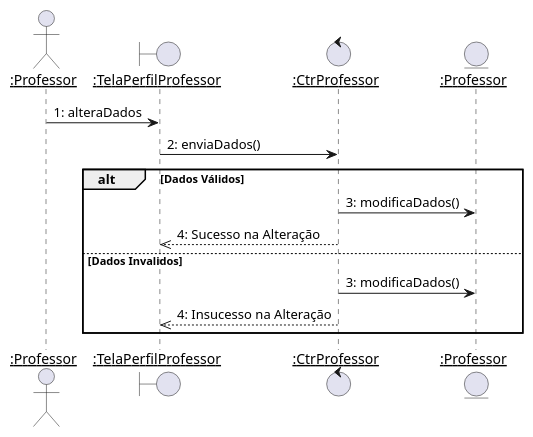
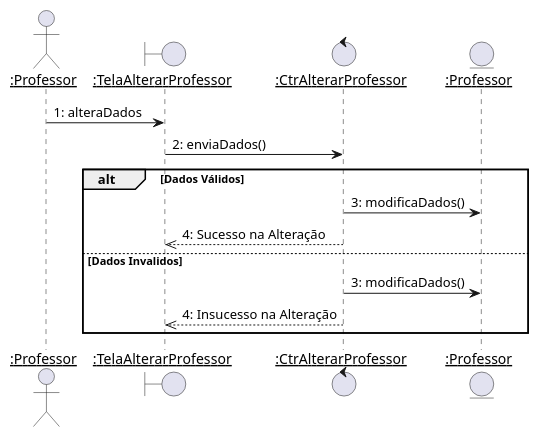
One commit to Pedro-V/projetorium changed the diagram in diagramas/sequencia/alterar_professor.puml. Above: the diagram before and after it, drawn with PlantUML. The commit also changed 18 other files, not shown here.

```diff
--- a/diagramas/sequencia/alterar_professor.puml
+++ b/diagramas/sequencia/alterar_professor.puml
@@ -1,23 +1,19 @@
-@startuml alterar_professor
+@startuml
 skinparam sequenceParticipant underline
 
 actor ":Professor" as Professor
-boundary ":TelaPerfilProfessor" as TelaPerfilProfessor
-control ":CtrProfessor" as CtrProfessor
+boundary ":TelaAlterarProfessor" as TelaAlterarProfessor
+control ":CtrAlterarProfessor" as CtrAlterarProfessor
 entity ":Professor" as professor
 
-
-
-
-Professor -> TelaPerfilProfessor : 1: alteraDados
-TelaPerfilProfessor -> CtrProfessor : 2: enviaDados()
+Professor -> TelaAlterarProfessor : 1: alteraDados
+TelaAlterarProfessor -> CtrAlterarProfessor : 2: enviaDados()
 
 alt Dados Válidos
-    CtrProfessor -> professor : 3: modificaDados()
-    CtrProfessor -->> TelaPerfilProfessor --: 4: Sucesso na Alteração
+    CtrAlterarProfessor -> professor : 3: modificaDados()
+    CtrAlterarProfessor -->> TelaAlterarProfessor --: 4: Sucesso na Alteração
 else Dados Invalidos
-    CtrProfessor -> professor : 3: modificaDados()
-    CtrProfessor -->> TelaPerfilProfessor --: 4: Insucesso na Alteração
+    CtrAlterarProfessor -> professor : 3: modificaDados()
+    CtrAlterarProfessor -->> TelaAlterarProfessor --: 4: Insucesso na Alteração
 end
-
 @enduml 
```
